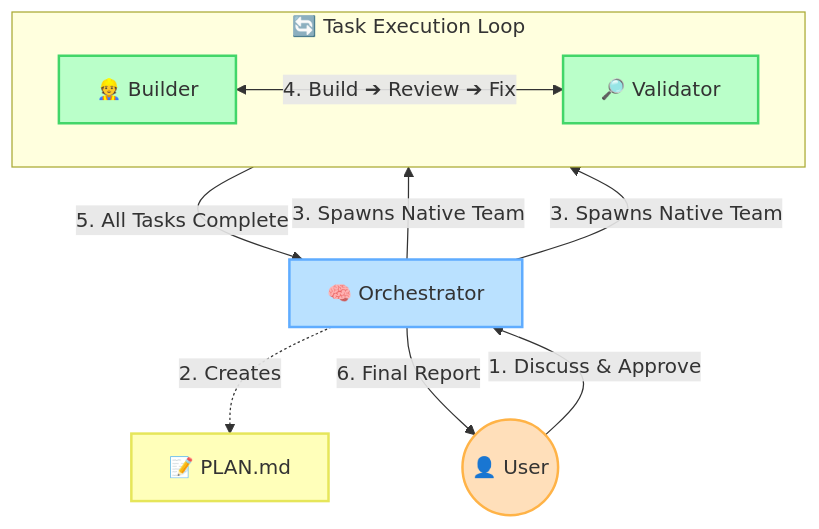
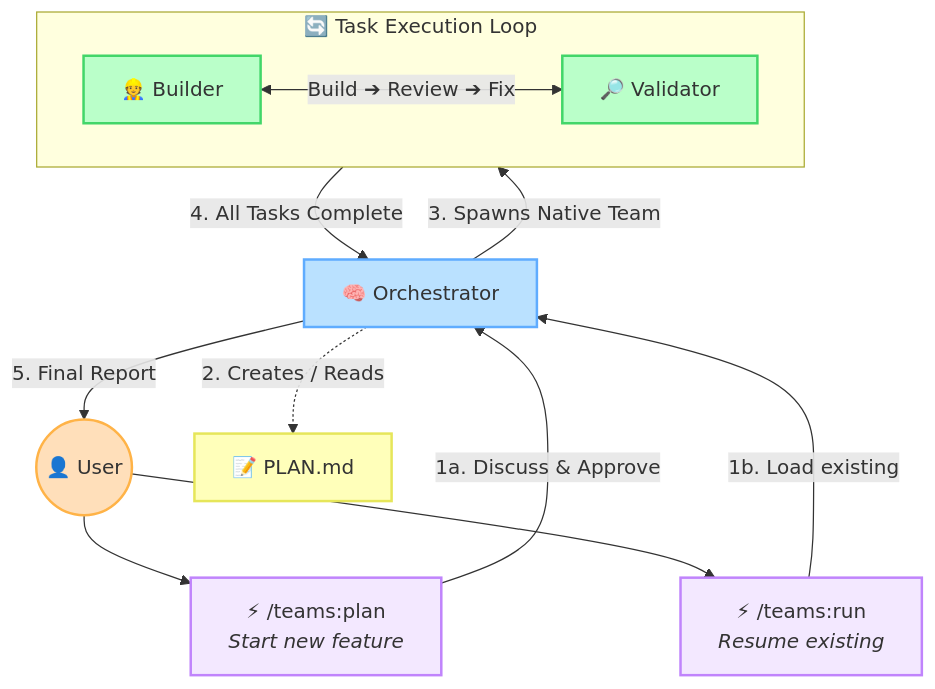
The diagram in FLOW.md (tuansondinh/ralph-teams-claude-plugin), drawn with Mermaid before and after one commit. The commit also changed other lines of this file, not shown here.

Commit message:
docs: restructure FLOW.md to be top-to-bottom and include run/plan commands

````diff
--- a/FLOW.md
+++ b/FLOW.md
@@ -5,28 +5,38 @@
 ```mermaid
 flowchart TD
     %% Visual Styles
     classDef user fill:#ffdfba,stroke:#ffb347,stroke-width:2px,color:#333
     classDef orch fill:#bae1ff,stroke:#5facff,stroke-width:2px,color:#333
     classDef agent fill:#baffc9,stroke:#42d669,stroke-width:2px,color:#333
     classDef doc fill:#ffffba,stroke:#e6e65a,stroke-width:2px,color:#333
+    classDef cmd fill:#f3e8ff,stroke:#c084fc,stroke-width:2px,color:#333
 
-    %% Nodes
+    %% Top Level: User & Commands
     U((👤 User)):::user
+    
+    CmdPlan[⚡ /teams:plan <br> <i>Start new feature</i>]:::cmd
+    CmdRun[⚡ /teams:run <br> <i>Resume existing</i>]:::cmd
+
+    %% Middle Level: Orchestration
     O[🧠 Orchestrator]:::orch
     P[📝 PLAN.md]:::doc
-    B[👷 Builder]:::agent
-    V[🔎 Validator]:::agent
 
-    %% Connections
-    U -- "1. Discuss & Approve" --> O
-    O -. "2. Creates" .-> P
-    O -- "3. Spawns Native Team" --> B & V
-
+    %% Bottom Level: Execution
     subgraph Team[🔄 Task Execution Loop]
         direction LR
-        B <--> |"4. Build ➔ Review ➔ Fix"| V
+        B[👷 Builder]:::agent <--> |"Build ➔ Review ➔ Fix"| V[🔎 Validator]:::agent
     end
 
-    Team -- "5. All Tasks Complete" --> O
-    O -- "6. Final Report" --> U
+    %% Routing
+    U --> CmdPlan
+    U --> CmdRun
+
+    CmdPlan --> |1a. Discuss & Approve| O
+    CmdRun --> |1b. Load existing| O
+
+    O -. "2. Creates / Reads" .-> P
+    O -- "3. Spawns Native Team" --> Team
+
+    Team -- "4. All Tasks Complete" --> O
+    O -- "5. Final Report" --> U
 ```
````
